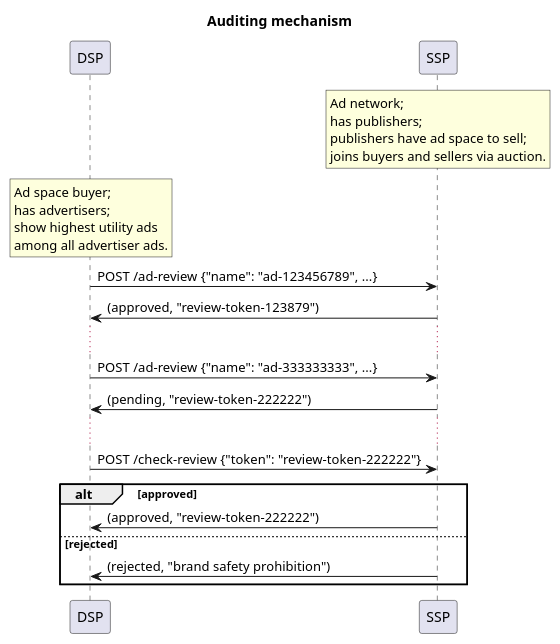
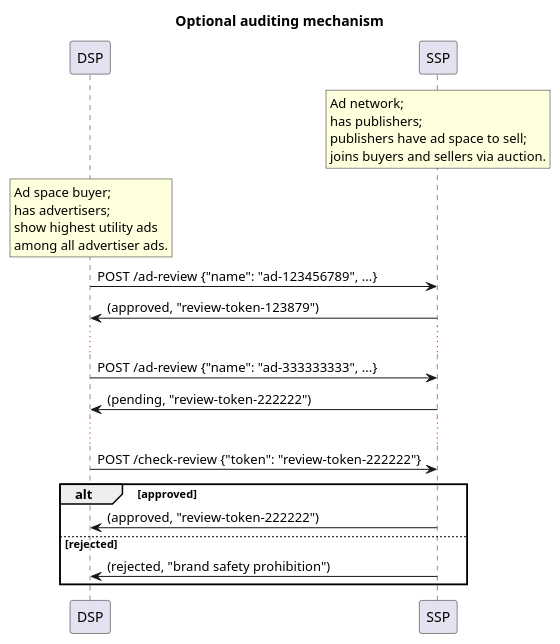
The diagram in assets/TERN/0_creative_approval.plantuml (WICG/turtledove), drawn with PlantUML before and after one commit. The commit also changed 10 other files, not shown here.

```diff
--- a/assets/TERN/0_creative_approval.plantuml
+++ b/assets/TERN/0_creative_approval.plantuml
@@ -1,35 +1,35 @@
 @startuml
 
-title Auditing mechanism
+title Optional auditing mechanism
 
 participant "DSP" as dsp
 participant "SSP" as ssp
 
 rnote over ssp
 Ad network;
 has publishers;
 publishers have ad space to sell;
 joins buyers and sellers via auction.
 end note
 
 rnote over dsp
 Ad space buyer;
 has advertisers;
 show highest utility ads
 among all advertiser ads.
 end note
 
 dsp -> ssp : POST /ad-review {"name": "ad-123456789", ...}
 ssp -> dsp : (approved, "review-token-123879")
 ...
 dsp -> ssp : POST /ad-review {"name": "ad-333333333", ...}
 ssp -> dsp : (pending, "review-token-222222")
 ...
 dsp -> ssp : POST /check-review {"token": "review-token-222222"}
 alt approved
   ssp -> dsp : (approved, "review-token-222222")
 else rejected
   ssp -> dsp : (rejected, "brand safety prohibition")
 end
 
 @enduml
```
